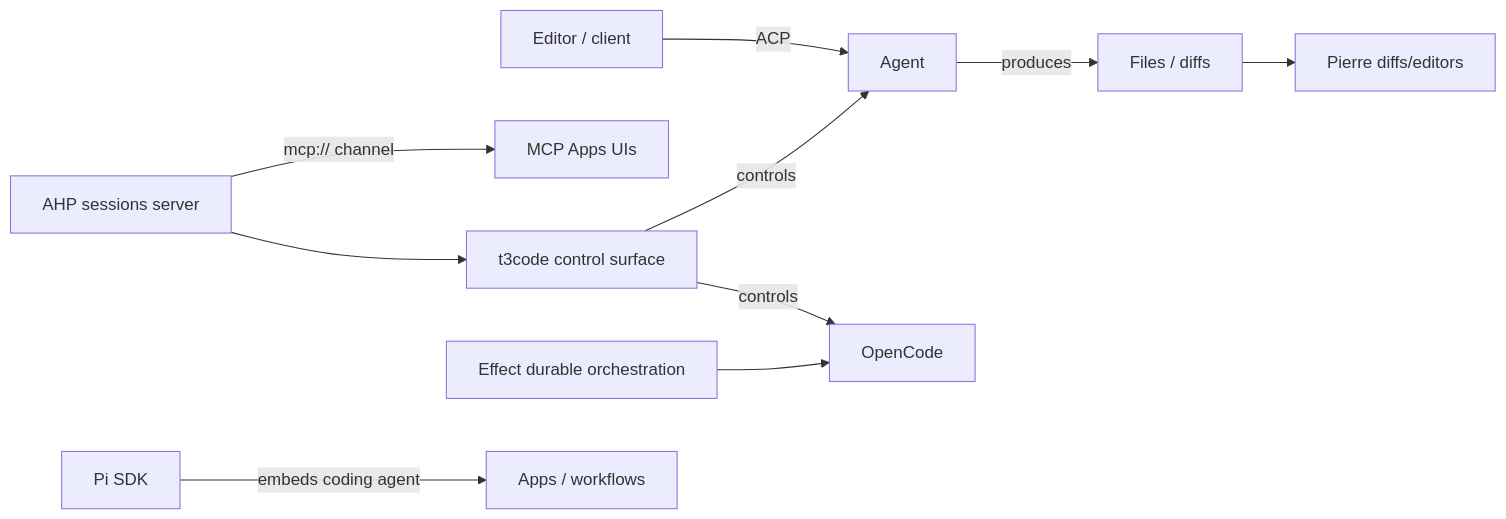
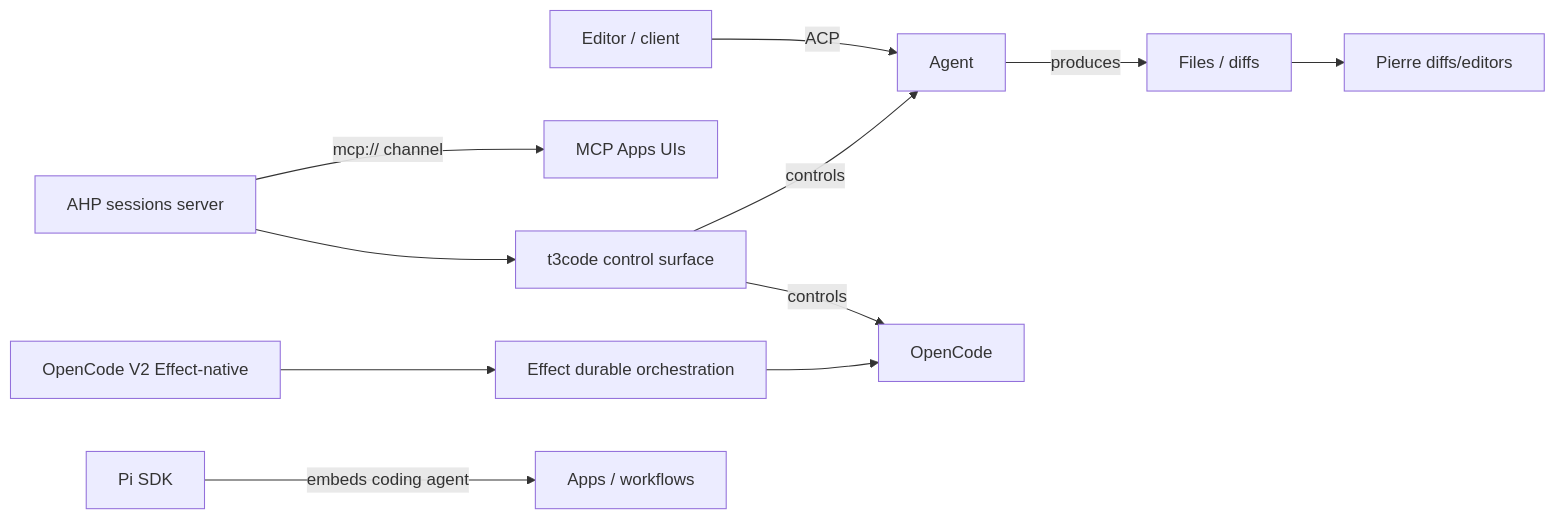
Before and after one commit to seraph1nia/open-ai-wiki: the diagram in openwiki/concepts/factory-toolchain.md, drawn with Mermaid. The commit also changed other lines of this file and 31 other files, not shown here.

````diff
--- a/openwiki/concepts/factory-toolchain.md
+++ b/openwiki/concepts/factory-toolchain.md
@@ -30,12 +30,13 @@
 ```mermaid
 flowchart LR
     E[Editor / client] -->|ACP| AG[Agent]
     H[AHP sessions server] -->|mcp:// channel| MA[MCP Apps UIs]
     AG -->|produces| DIFF[Files / diffs]
     DIFF --> PI[Pierre diffs/editors]
     H --> T[t3code control surface]
     T -->|controls| OPC[OpenCode]
     T -->|controls| AG
     EFF[Effect durable orchestration] --> OPC
+    OPC2[OpenCode V2 Effect-native] --> EFF
     PS[Pi SDK] -->|embeds coding agent| APP[Apps / workflows]
 ```
````
